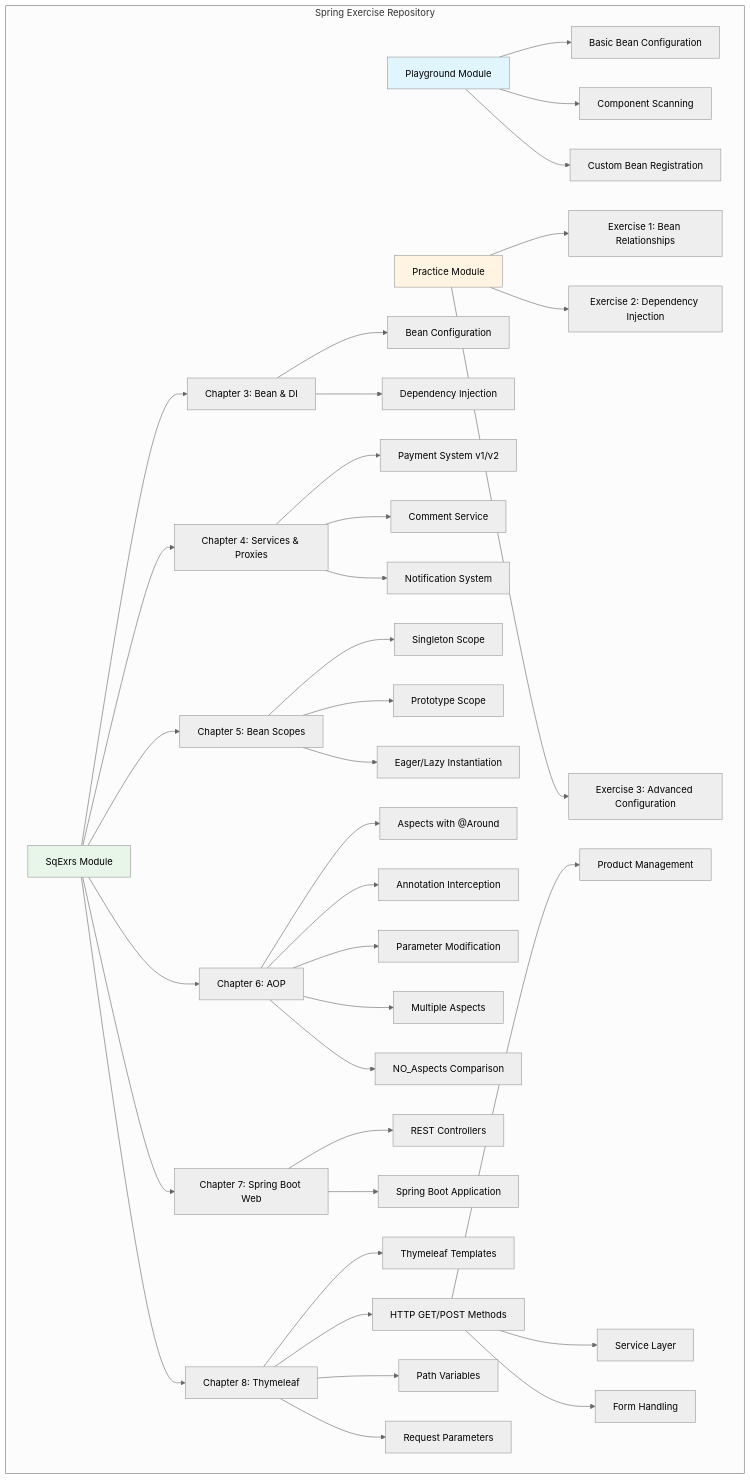
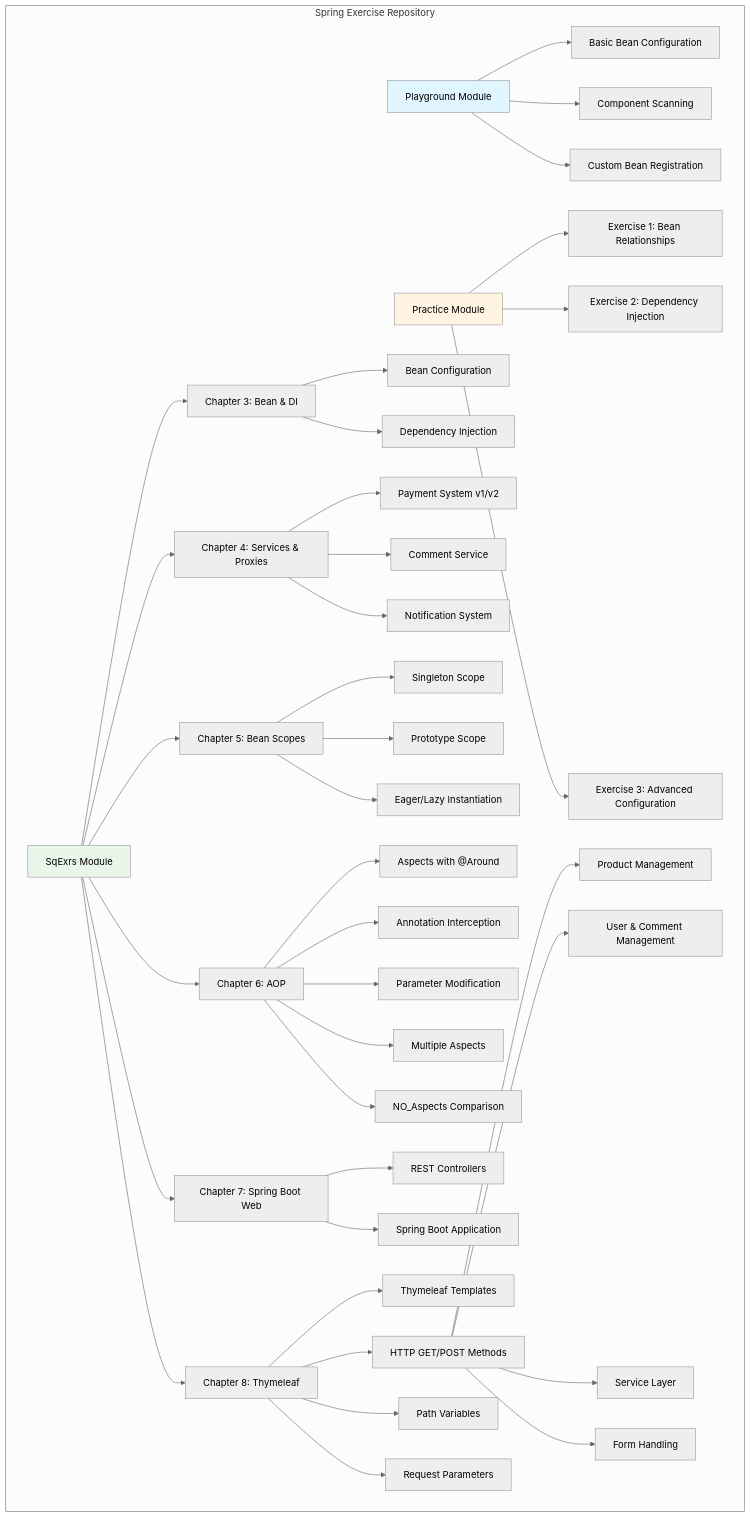
The first of 3 diagrams in README.md (UsmanovMahmudkhan/spring-start-here), drawn with Mermaid (neutral theme) before and after one commit. The commit also changed other lines of this file, not shown here.

````diff
--- a/README.md
+++ b/README.md
@@ -173,52 +173,53 @@
 ```mermaid
 graph TB
     subgraph "Spring Exercise Repository"
         A[Playground Module] --> B[Basic Bean Configuration]
         A --> C[Component Scanning]
         A --> D[Custom Bean Registration]
         
         E[Practice Module] --> F[Exercise 1: Bean Relationships]
         E --> G[Exercise 2: Dependency Injection]
         E --> H[Exercise 3: Advanced Configuration]
         
         I[SqExrs Module] --> J[Chapter 3: Bean & DI]
         I --> K[Chapter 4: Services & Proxies]
         I --> L[Chapter 5: Bean Scopes]
         I --> M[Chapter 6: AOP]
         I --> N[Chapter 7: Spring Boot Web]
         I --> O[Chapter 8: Thymeleaf]
         
         J --> J1[Bean Configuration]
         J --> J2[Dependency Injection]
         
         K --> K1[Payment System v1/v2]
         K --> K2[Comment Service]
         K --> K3[Notification System]
         
         L --> L1[Singleton Scope]
         L --> L2[Prototype Scope]
         L --> L3[Eager/Lazy Instantiation]
         
         M --> M1[Aspects with @Around]
         M --> M2[Annotation Interception]
         M --> M3[Parameter Modification]
         M --> M4[Multiple Aspects]
         M --> M5[NO_Aspects Comparison]
         
         N --> N1[REST Controllers]
         N --> N2[Spring Boot Application]
         
         O --> O1[Thymeleaf Templates]
         O --> O2[HTTP GET/POST Methods]
         O --> O3[Path Variables]
         O --> O4[Request Parameters]
         
         O2 --> O2A[Product Management]
-        O2 --> O2B[Service Layer]
-        O2 --> O2C[Form Handling]
+        O2 --> O2B[User & Comment Management]
+        O2 --> O2C[Service Layer]
+        O2 --> O2D[Form Handling]
     end
     
     style A fill:#e1f5ff
     style E fill:#fff4e1
     style I fill:#e8f5e9
 ```
````
